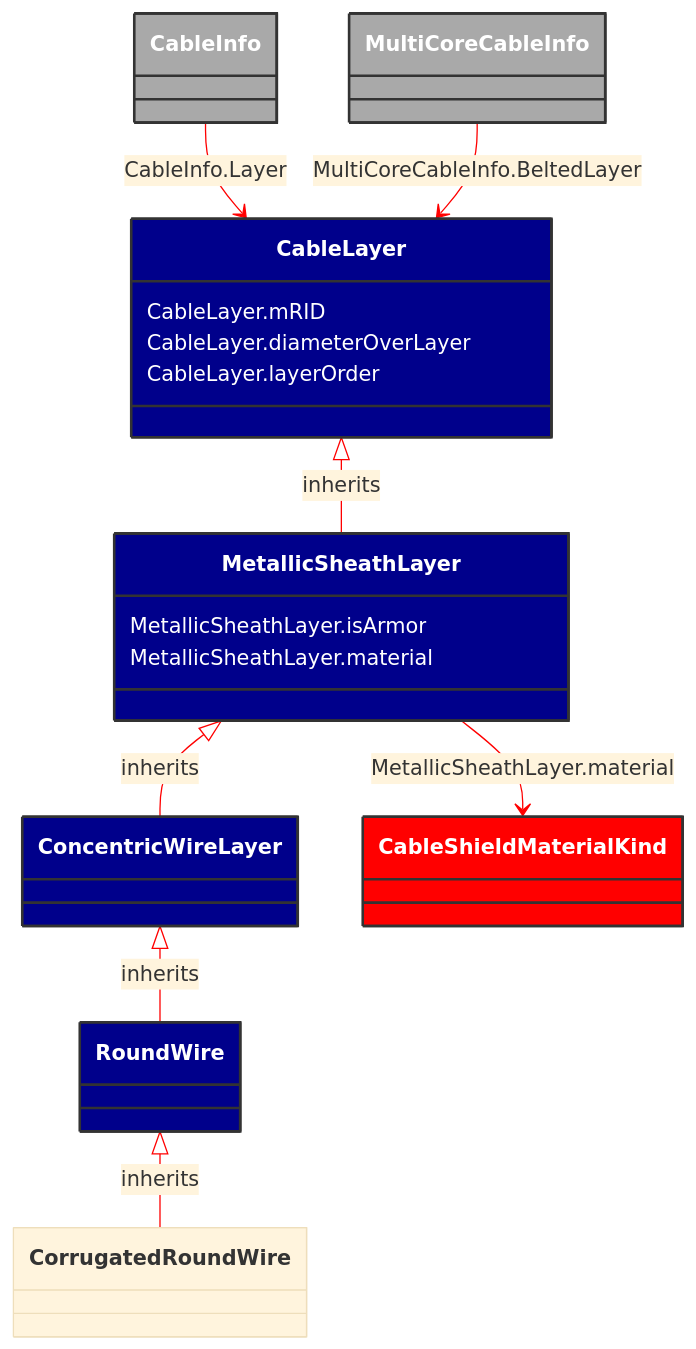
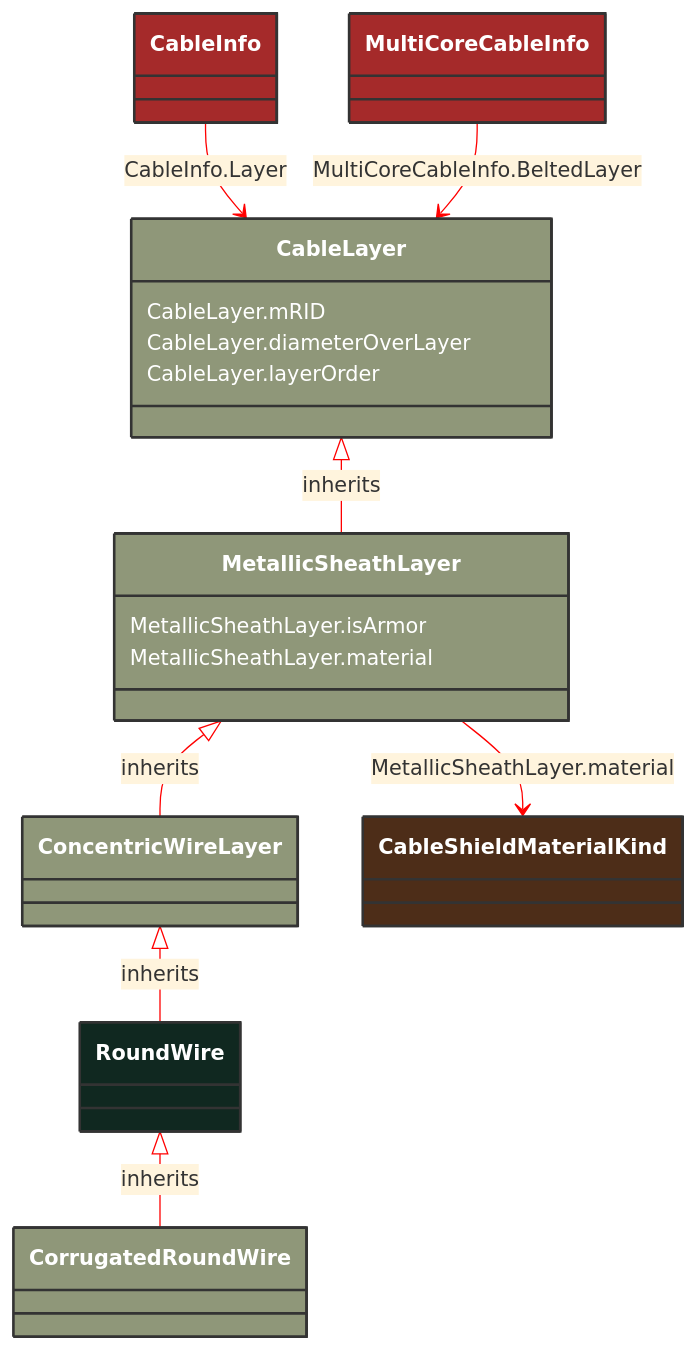
The diagram in docs/Models/Profiles/SubseaCableInfo/ConcreteClasses/RoundWire.md (3lbits/NoCIMExtensions), drawn with Mermaid before and after one commit. The commit also changed 190 other files, not shown here.

````diff
--- a/docs/Models/Profiles/SubseaCableInfo/ConcreteClasses/RoundWire.md
+++ b/docs/Models/Profiles/SubseaCableInfo/ConcreteClasses/RoundWire.md
@@ -8,52 +8,50 @@
 ```mermaid
 %%{init: {'theme':'base','themeVariables': {'lineColor': '#FF0000'}}}%%
 classDiagram
     class RoundWire
     click RoundWire href "/Models/Profiles/SubseaCableInfo/ConcreteClasses/RoundWire/"
-    style RoundWire fill:#006400,stroke:#333,stroke-width:2px,rx:10,ry:10,color:white
+    style RoundWire fill:#102820,stroke:#333,stroke-width:2px,rx:10,ry:10,color:white
 
         RoundWire <|-- CorrugatedRoundWire : inherits
-            click RoundWire href "/Models/Profiles/SubseaCableInfo/ConcreteClasses/RoundWire/"
-            style RoundWire fill:#00008B,stroke:#333,stroke-width:2px,rx:10,ry:10,color:white
 
         CorrugatedRoundWire
             click CorrugatedRoundWire href "/Models/Profiles/SubseaCableInfo/ConcreteClasses/CorrugatedRoundWire/"
-            style RoundWire fill:#00008B,stroke:#333,stroke-width:2px,rx:10,ry:10,color:white
-
+            style CorrugatedRoundWire fill:#8F9779,stroke:#333,stroke-width:2px,rx:10,ry:10,color:white
+     
         ConcentricWireLayer <|-- RoundWire : inherits
             click ConcentricWireLayer href "/Models/Profiles/SubseaCableInfo/ConcreteClasses/ConcentricWireLayer/"
-            style ConcentricWireLayer fill:#00008B,stroke:#333,stroke-width:2px,rx:10,ry:10,color:white
-
+            style ConcentricWireLayer fill:#8F9779,stroke:#333,stroke-width:2px,rx:10,ry:10,color:white
+     
         MetallicSheathLayer <|-- ConcentricWireLayer : inherits
             click MetallicSheathLayer href "/Models/Profiles/SubseaCableInfo/ConcreteClasses/MetallicSheathLayer/"
-            style MetallicSheathLayer fill:#00008B,stroke:#333,stroke-width:2px,rx:10,ry:10,color:white
-
+            style MetallicSheathLayer fill:#8F9779,stroke:#333,stroke-width:2px,rx:10,ry:10,color:white
+     
         CableLayer <|-- MetallicSheathLayer : inherits
             click CableLayer href "/Models/Profiles/SubseaCableInfo/AbstractClasses/CableLayer/"
-            style CableLayer fill:#00008B,stroke:#333,stroke-width:2px,rx:10,ry:10,color:white
+            style CableLayer fill:#8F9779,stroke:#333,stroke-width:2px,rx:10,ry:10,color:white
 
 
         CableInfo --> CableLayer : CableInfo.Layer
 
         CableInfo
             click CableInfo href "/Models/Profiles/SubseaCableInfo/ConcreteClasses/CableInfo/"
-            style CableInfo fill:#A9A9A9,stroke:#333,stroke-width:2px,rx:10,ry:10,color:white
+            style CableInfo fill:#A52A2A,stroke:#333,stroke-width:2px,rx:10,ry:10,color:white
 
         MultiCoreCableInfo --> CableLayer : MultiCoreCableInfo.BeltedLayer
 
         MultiCoreCableInfo
             click MultiCoreCableInfo href "/Models/Profiles/SubseaCableInfo/ConcreteClasses/MultiCoreCableInfo/"
-            style MultiCoreCableInfo fill:#A9A9A9,stroke:#333,stroke-width:2px,rx:10,ry:10,color:white
+            style MultiCoreCableInfo fill:#A52A2A,stroke:#333,stroke-width:2px,rx:10,ry:10,color:white
 
         MetallicSheathLayer --> CableShieldMaterialKind : MetallicSheathLayer.material
 
         CableShieldMaterialKind
             click CableShieldMaterialKind href "/Models/Profiles/SubseaCableInfo/Enumerations/CableShieldMaterialKind/"
-            style CableShieldMaterialKind fill:#FF0000,stroke:#333,stroke-width:2px,rx:10,ry:10,color:white
+            style CableShieldMaterialKind fill:#4D2D18,stroke:#333,stroke-width:2px,rx:10,ry:10,color:white
 
         MetallicSheathLayer : MetallicSheathLayer.isArmor
         MetallicSheathLayer : MetallicSheathLayer.material
         CableLayer : CableLayer.mRID
         CableLayer : CableLayer.diameterOverLayer
         CableLayer : CableLayer.layerOrder
 ```
````
